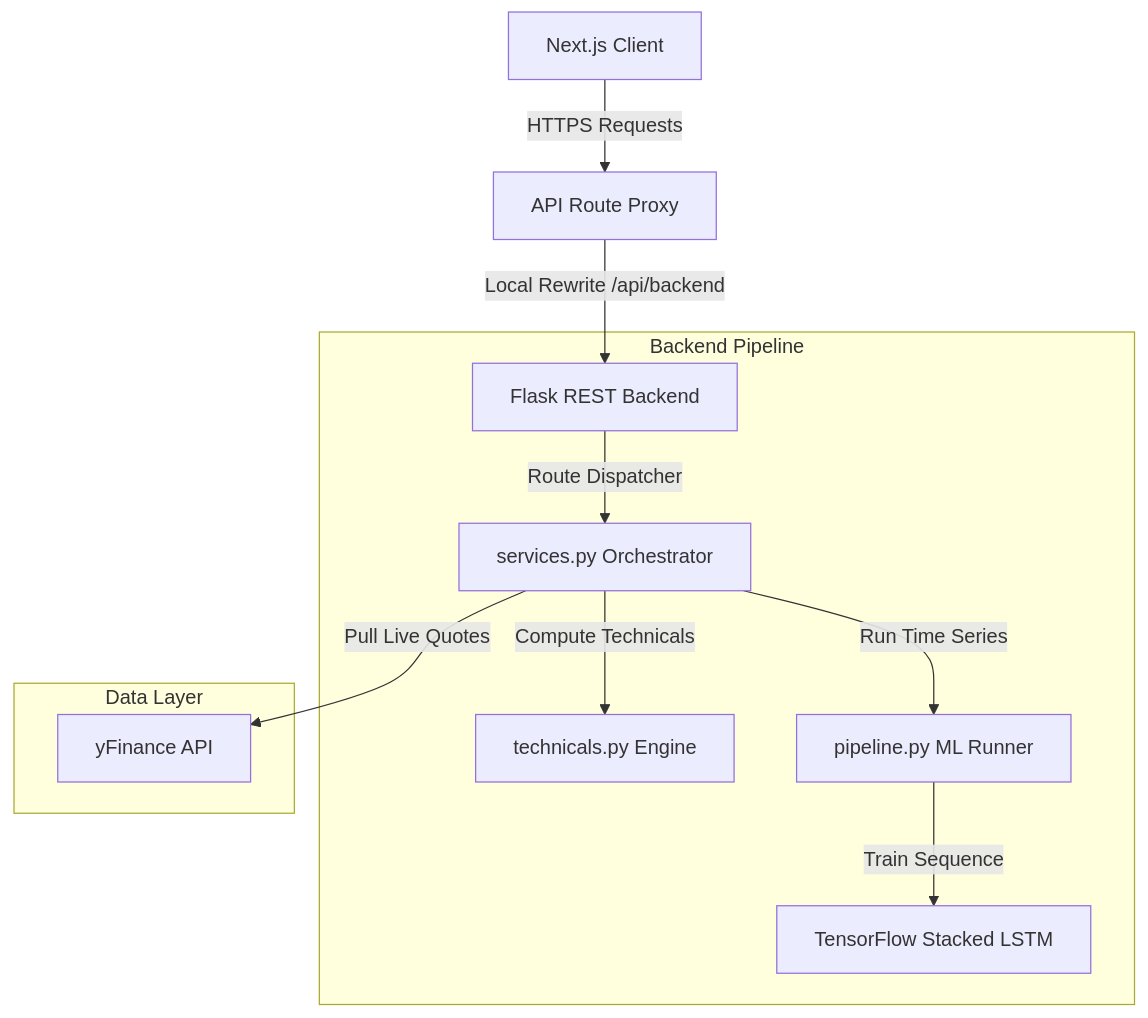
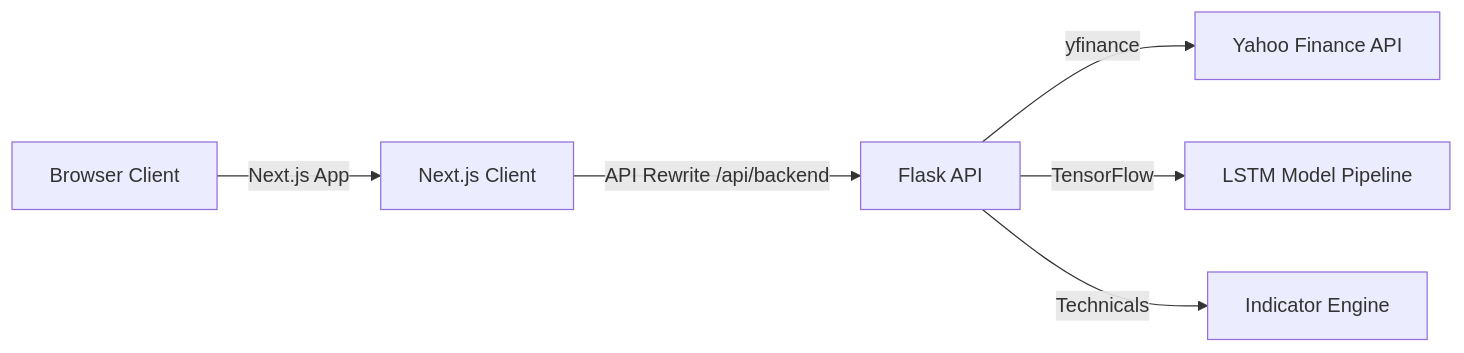
Before and after one commit to khushibhadangkar/NeuroTrade: the diagram in README.md, drawn with Mermaid. The commit also changed other lines of this file, not shown here.

````diff
--- a/README.md
+++ b/README.md
@@ -88,16 +41,8 @@
 ```mermaid
-graph TD
-    Client[Next.js Client] -->|HTTPS Requests| Proxy[API Route Proxy]
-    Proxy -->|Local Rewrite /api/backend| Flask[Flask REST Backend]
-    
-    subgraph Backend Pipeline
-        Flask -->|Route Dispatcher| Services[services.py Orchestrator]
-        Services -->|Compute Technicals| Indicators[technicals.py Engine]
-        Services -->|Run Time Series| Pipeline[pipeline.py ML Runner]
-        Pipeline -->|Train Sequence| LSTM[TensorFlow Stacked LSTM]
-    end
-
-    subgraph Data Layer
-        Services -->|Pull Live Quotes| yFinance[yFinance API]
-    end
+graph LR
+    User[Browser Client] -->|Next.js App| Frontend[Next.js Client]
+    Frontend -->|API Rewrite /api/backend| Backend[Flask API]
+    Backend -->|yfinance| Market[Yahoo Finance API]
+    Backend -->|TensorFlow| LSTM[LSTM Model Pipeline]
+    Backend -->|Technicals| Engine[Indicator Engine]
 ```
````
